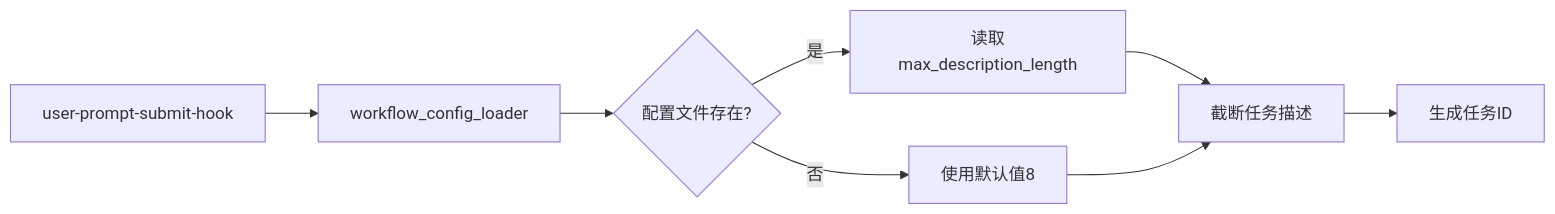
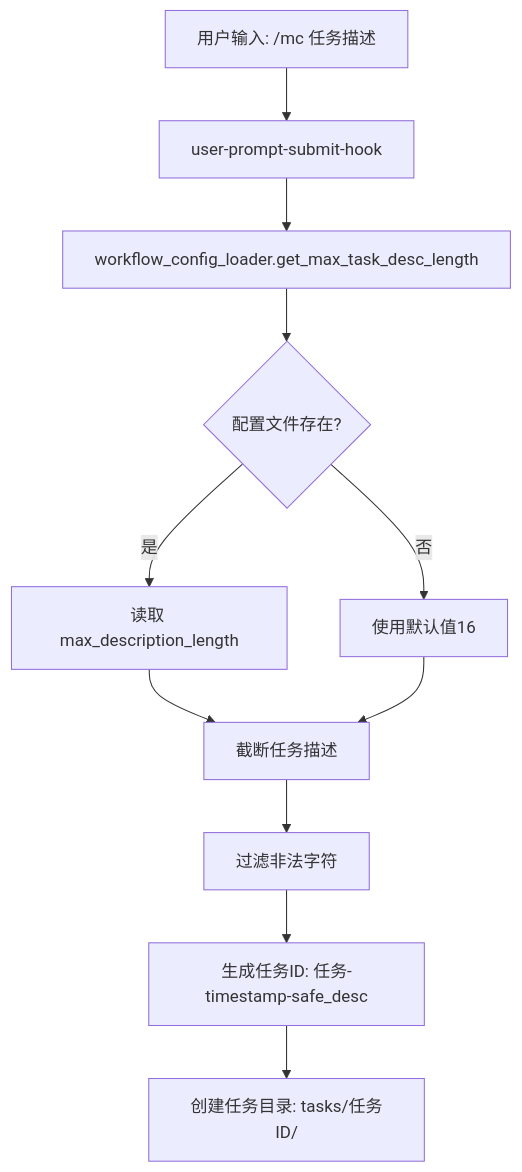
One commit to jju666/NeteaseMod-Claude changed the diagram in docs/developer/任务命名配置.md. Above: the diagram before and after it, drawn with Mermaid. The commit also changed other lines of this file and 23 other files, not shown here.

````diff
--- a/docs/developer/任务命名配置.md
+++ b/docs/developer/任务命名配置.md
@@ -148,10 +260,13 @@
 ```mermaid
-graph LR
-    A[user-prompt-submit-hook] --> B[workflow_config_loader]
-    B --> C{配置文件存在?}
-    C -->|是| D[读取max_description_length]
-    C -->|否| E[使用默认值8]
-    D --> F[截断任务描述]
-    E --> F
-    F --> G[生成任务ID]
+graph TD
+    A[用户输入: /mc 任务描述] --> B[user-prompt-submit-hook]
+    B --> C[workflow_config_loader.get_max_task_desc_length]
+    C --> D{配置文件存在?}
+    D -->|是| E[读取 max_description_length]
+    D -->|否| F[使用默认值16]
+    E --> G[截断任务描述]
+    F --> G
+    G --> H[过滤非法字符]
+    H --> I[生成任务ID: 任务-timestamp-safe_desc]
+    I --> J[创建任务目录: tasks/任务ID/]
 ```
````
